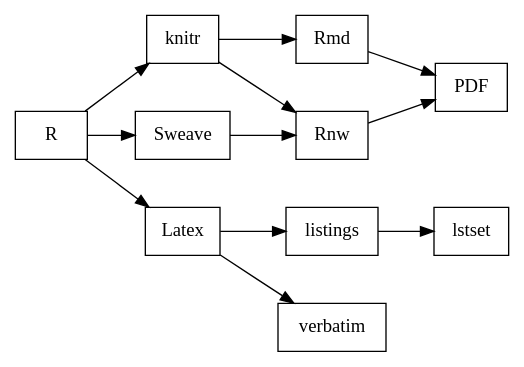
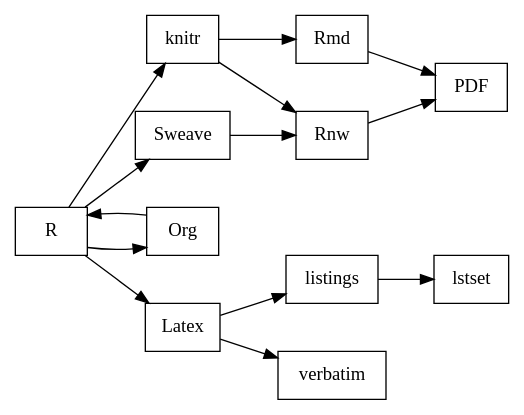
One commit to bwtian/learnRviaCode changed the diagram in R/R2Tex.org. Above: the diagram before and after it, drawn with Graphviz. The commit also changed 1 other file, not shown here.

Commit message:
- ‘R/.#R2Tex.org’ / ‘R/R2Tex.org’

```diff
--- a/R/R2Tex.org
+++ b/R/R2Tex.org
@@ -4,21 +4,22 @@
 #+BEGIN_SRC dot :file ./r2tex.svg
 digraph {
 rankdir=LR;
 fontname="Times";
 fontsize = 12;
 splines = false;
 ranksep = 0.5;
 nodesep = 0.5;
 node [shape = box]
 //1. set node
 R [label = "R"]
 
 //2. set path
 R -> knitr -> Rmd -> PDF
 knitr -> Rnw -> PDF
 R -> Sweave -> Rnw
+R -> Org ->
 R -> Latex -> listings -> lstset
 Latex -> verbatim
 //3. set rank
 }
 #+END_SRC
```
